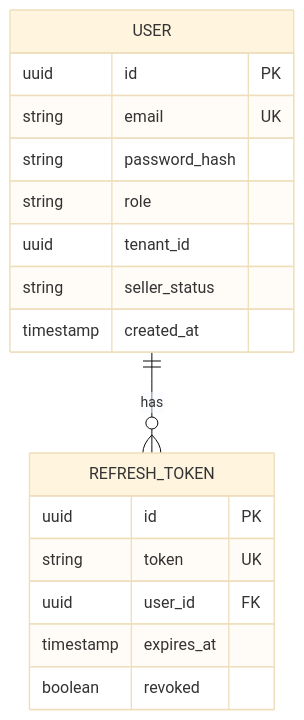
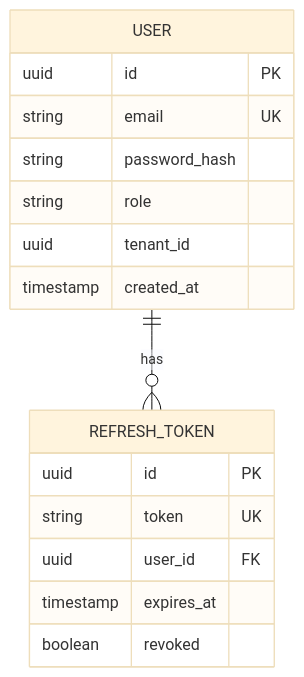
The diagram in diagrams/auth-service/er-diagram.md (stefann5/marketplace), drawn with Mermaid (base theme) before and after one commit. The commit also changed 5 other files, not shown here.

Commit message:
update diagrams and readme for seller service changes

````diff
--- a/diagrams/auth-service/er-diagram.md
+++ b/diagrams/auth-service/er-diagram.md
@@ -3,22 +3,21 @@
 ```mermaid
 erDiagram
     USER {
         uuid id PK
         string email UK
         string password_hash
         string role
         uuid tenant_id
-        string seller_status
         timestamp created_at
     }
 
     REFRESH_TOKEN {
         uuid id PK
         string token UK
         uuid user_id FK
         timestamp expires_at
         boolean revoked
     }
 
     USER ||--o{ REFRESH_TOKEN : "has"
 ```
````
